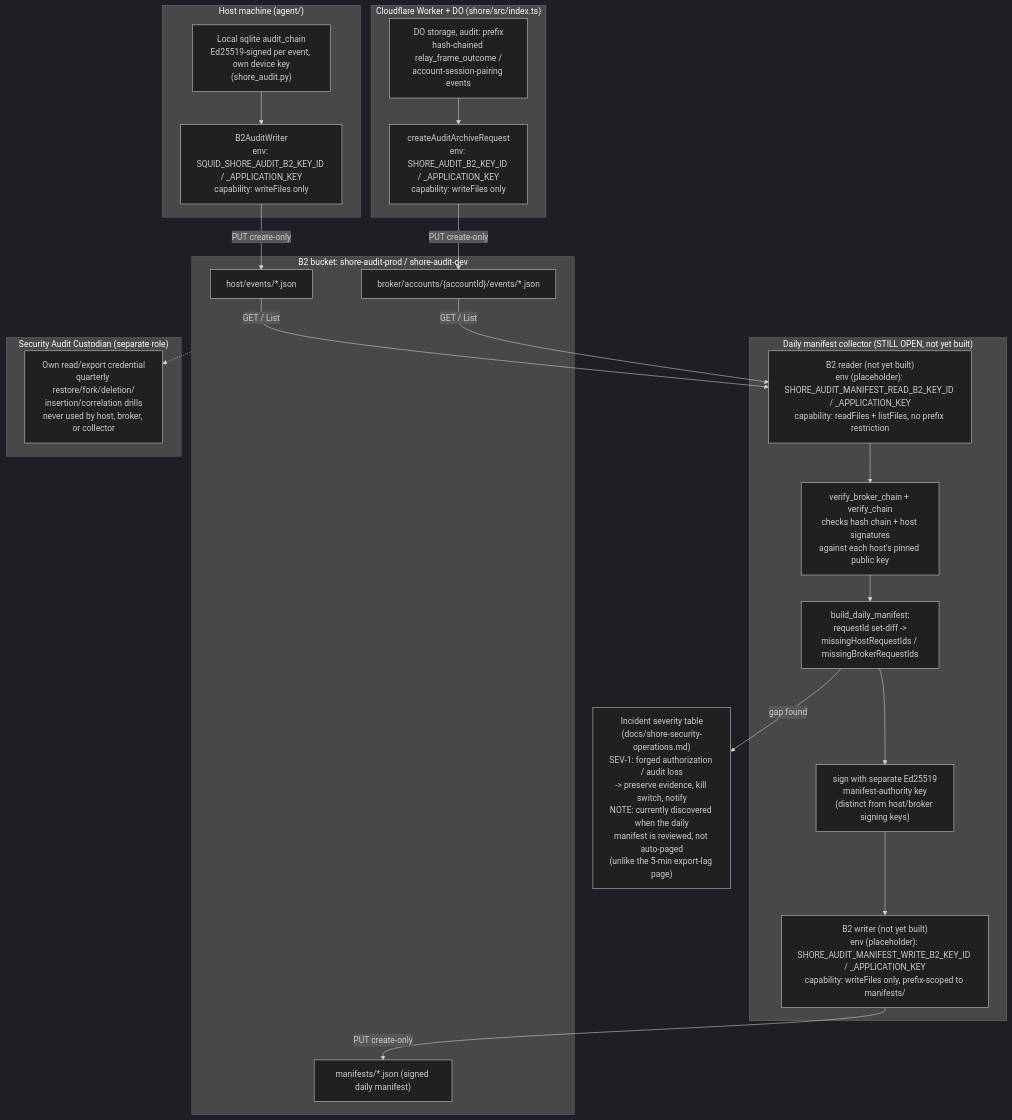
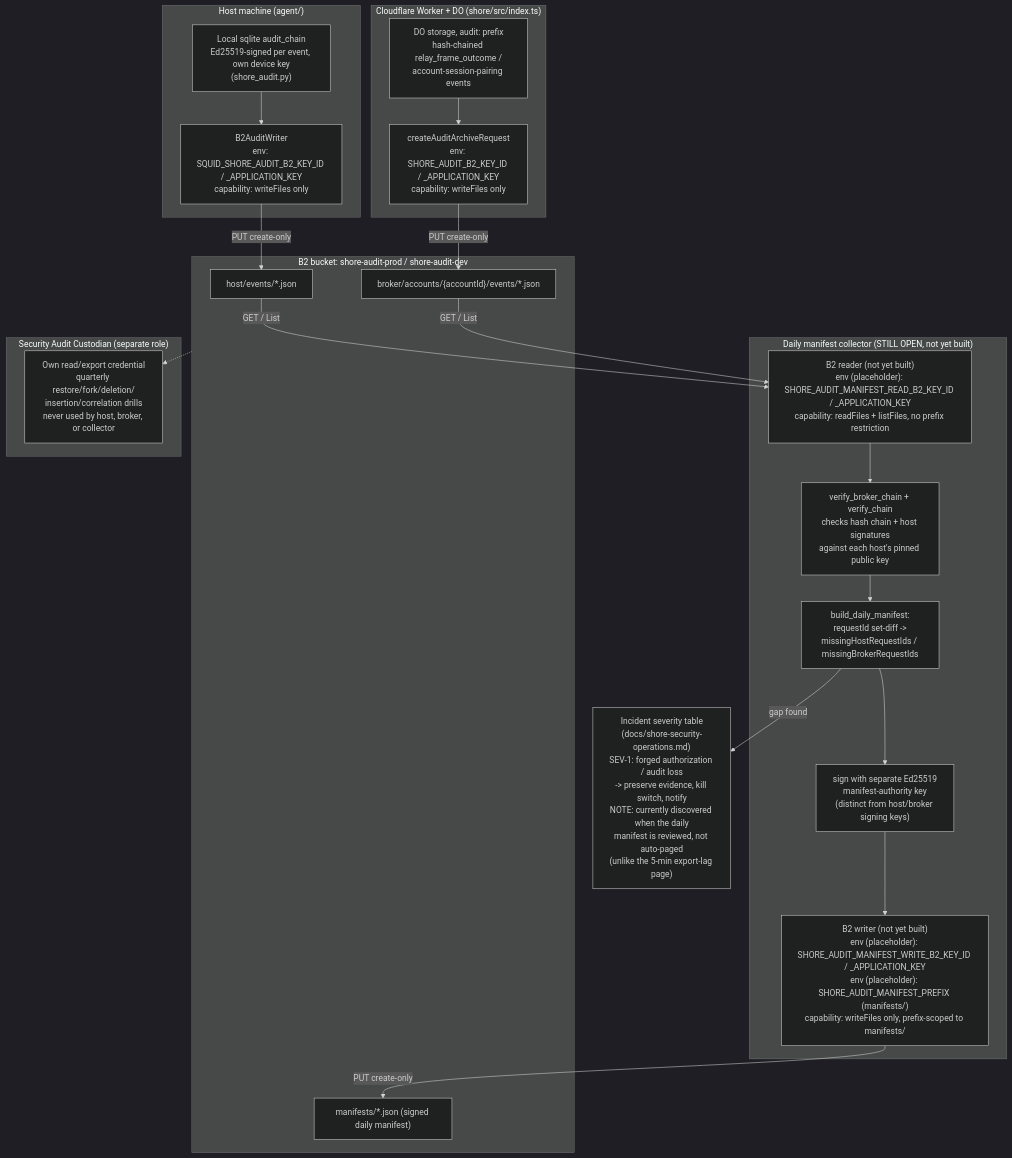
One commit to agent-squid/squid changed the third of 3 diagrams in docs/decisions/0039-remote-access-via-shore-broker.md. Above: the diagram before and after it, drawn with Mermaid (dark theme). The commit also changed other lines of this file, not shown here.

First line of the commit message:
docs(0039): document audit manifest collector env vars

````diff
--- a/docs/decisions/0039-remote-access-via-shore-broker.md
+++ b/docs/decisions/0039-remote-access-via-shore-broker.md
@@ -308,43 +308,43 @@
 ```mermaid
 flowchart TB
     subgraph HostMachine["Host machine (agent/)"]
         HostChain["Local sqlite audit_chain<br/>Ed25519-signed per event, own device key<br/>(shore_audit.py)"]
         HostWriter["B2AuditWriter<br/>env: SQUID_SHORE_AUDIT_B2_KEY_ID / _APPLICATION_KEY<br/>capability: writeFiles only"]
         HostChain --> HostWriter
     end
 
     subgraph Broker["Cloudflare Worker + DO (shore/src/index.ts)"]
         BrokerChain["DO storage, audit: prefix<br/>hash-chained relay_frame_outcome /<br/>account-session-pairing events"]
         BrokerWriter["createAuditArchiveRequest<br/>env: SHORE_AUDIT_B2_KEY_ID / _APPLICATION_KEY<br/>capability: writeFiles only"]
         BrokerChain --> BrokerWriter
     end
 
     subgraph Bucket["B2 bucket: shore-audit-prod / shore-audit-dev"]
         BrokerObjs["broker/accounts/{accountId}/events/*.json"]
         HostObjs["host/events/*.json"]
         ManifestObjs["manifests/*.json (signed daily manifest)"]
     end
 
     HostWriter -->|"PUT create-only"| HostObjs
     BrokerWriter -->|"PUT create-only"| BrokerObjs
 
     subgraph Collector["Daily manifest collector (STILL OPEN, not yet built)"]
         Reader["B2 reader (not yet built)<br/>env (placeholder): SHORE_AUDIT_MANIFEST_READ_B2_KEY_ID / _APPLICATION_KEY<br/>capability: readFiles + listFiles, no prefix restriction"]
         Verify["verify_broker_chain + verify_chain<br/>checks hash chain + host signatures<br/>against each host's pinned public key"]
         Correlate["build_daily_manifest:<br/>requestId set-diff -&gt;<br/>missingHostRequestIds / missingBrokerRequestIds"]
         Sign["sign with separate Ed25519<br/>manifest-authority key<br/>(distinct from host/broker signing keys)"]
-        Writer2["B2 writer (not yet built)<br/>env (placeholder): SHORE_AUDIT_MANIFEST_WRITE_B2_KEY_ID / _APPLICATION_KEY<br/>capability: writeFiles only, prefix-scoped to manifests/"]
+        Writer2["B2 writer (not yet built)<br/>env (placeholder): SHORE_AUDIT_MANIFEST_WRITE_B2_KEY_ID / _APPLICATION_KEY<br/>env (placeholder): SHORE_AUDIT_MANIFEST_PREFIX (manifests/)<br/>capability: writeFiles only, prefix-scoped to manifests/"]
         Reader --> Verify --> Correlate --> Sign --> Writer2
     end
 
     BrokerObjs -->|"GET / List"| Reader
     HostObjs -->|"GET / List"| Reader
     Writer2 -->|"PUT create-only"| ManifestObjs
 
     subgraph Custodian["Security Audit Custodian (separate role)"]
         CustodianKey["Own read/export credential<br/>quarterly restore/fork/deletion/<br/>insertion/correlation drills<br/>never used by host, broker, or collector"]
     end
     Bucket -.-> CustodianKey
 
     Correlate -->|"gap found"| Incident["Incident severity table<br/>(docs/shore-security-operations.md)<br/>SEV-1: forged authorization / audit loss<br/>-&gt; preserve evidence, kill switch, notify<br/>NOTE: currently discovered when the daily<br/>manifest is reviewed, not auto-paged<br/>(unlike the 5-min export-lag page)"]
 ```
````
